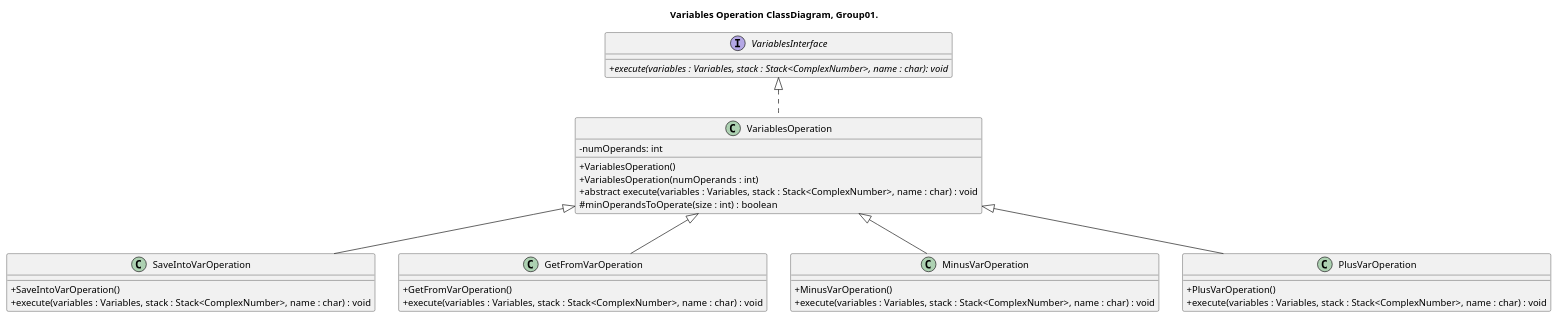
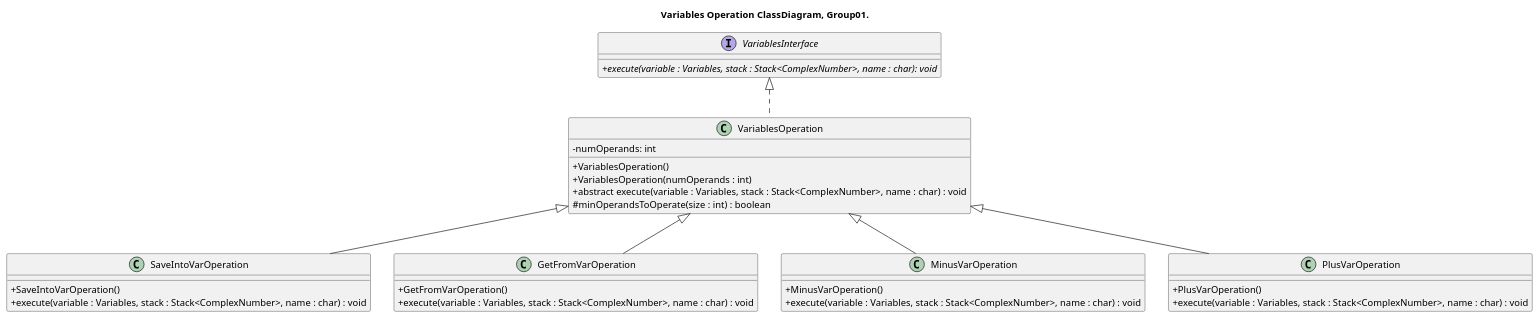
The diagram in Software_Design/class_diagram/VariablesOperation_ClassDiagram_group01.puml (CiroCutolo/Scientific_Calculator_group01_2023), drawn with PlantUML before and after one commit. The commit also changed 2 other files, not shown here.

```diff
--- a/Software_Design/class_diagram/VariablesOperation_ClassDiagram_group01.puml
+++ b/Software_Design/class_diagram/VariablesOperation_ClassDiagram_group01.puml
@@ -1,46 +1,46 @@
 @startuml VariablesOperation_ClassDiagram_Group01
 
 
 title Variables Operation ClassDiagram, Group01.
 
 skinparam ClassAttributeIconSize 0
 
 interface VariablesInterface{
-	+ {abstract} execute(variables : Variables, stack : Stack<ComplexNumber>, name : char): void
+	+ {abstract} execute(variable : Variables, stack : Stack<ComplexNumber>, name : char): void
 }
 
 abstract class VariablesOperation{
 	- numOperands: int
 	+ VariablesOperation()	
 	+ VariablesOperation(numOperands : int)
-	+ abstract execute(variables : Variables, stack : Stack<ComplexNumber>, name : char) : void
+	+ abstract execute(variable : Variables, stack : Stack<ComplexNumber>, name : char) : void
 	# minOperandsToOperate(size : int) : boolean
 }
 
 class SaveIntoVarOperation{
         + SaveIntoVarOperation()
-        + execute(variables : Variables, stack : Stack<ComplexNumber>, name : char) : void
+        + execute(variable : Variables, stack : Stack<ComplexNumber>, name : char) : void
 }
 
 class GetFromVarOperation{
         + GetFromVarOperation()
-        + execute(variables : Variables, stack : Stack<ComplexNumber>, name : char) : void
+        + execute(variable : Variables, stack : Stack<ComplexNumber>, name : char) : void
 }
 
 class MinusVarOperation{
         + MinusVarOperation()
-        + execute(variables : Variables, stack : Stack<ComplexNumber>, name : char) : void
+        + execute(variable : Variables, stack : Stack<ComplexNumber>, name : char) : void
 }
 
 class PlusVarOperation{
         + PlusVarOperation()
-        + execute(variables : Variables, stack : Stack<ComplexNumber>, name : char) : void
+        + execute(variable : Variables, stack : Stack<ComplexNumber>, name : char) : void
 }
 
 class VariablesOperation implements VariablesInterface 
 class SaveIntoVarOperation extends VariablesOperation
 class GetFromVarOperation extends VariablesOperation
 class MinusVarOperation extends VariablesOperation
 class PlusVarOperation extends VariablesOperation
 
 @enduml
```
